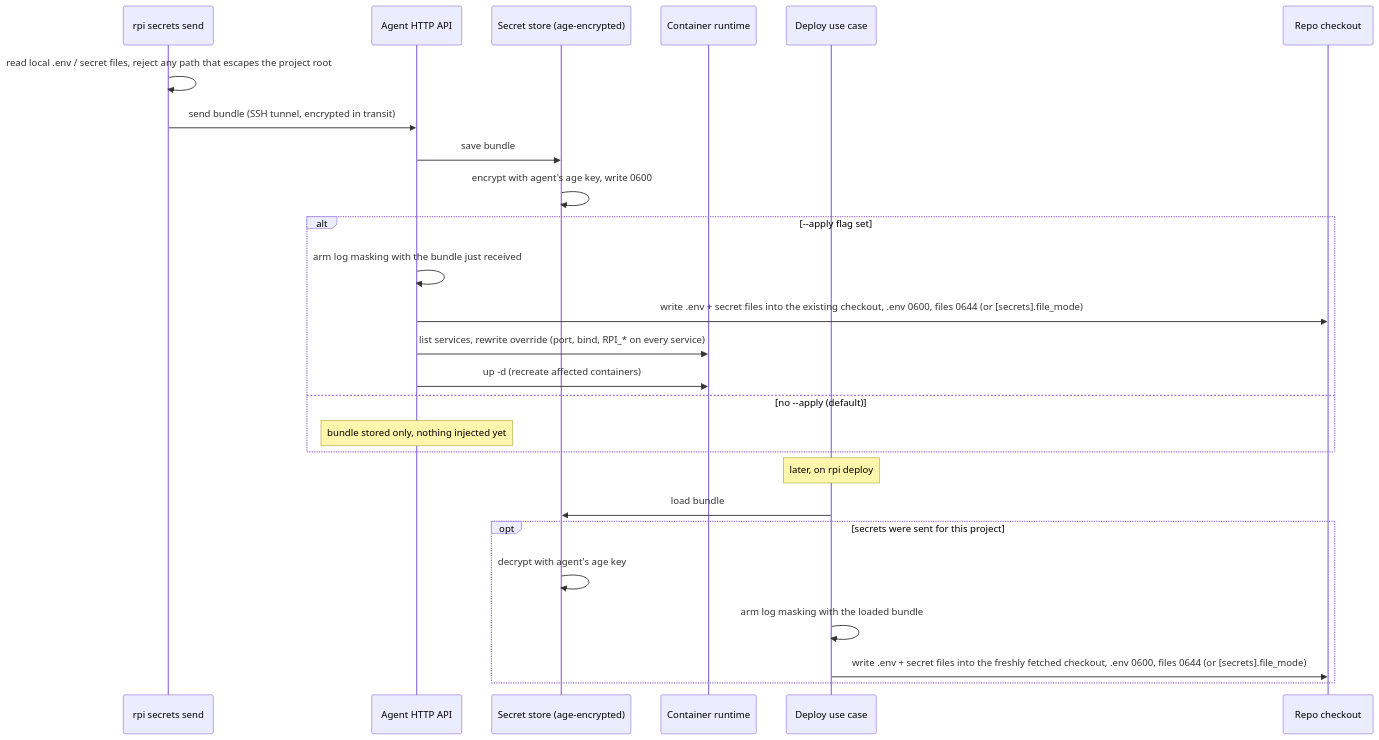
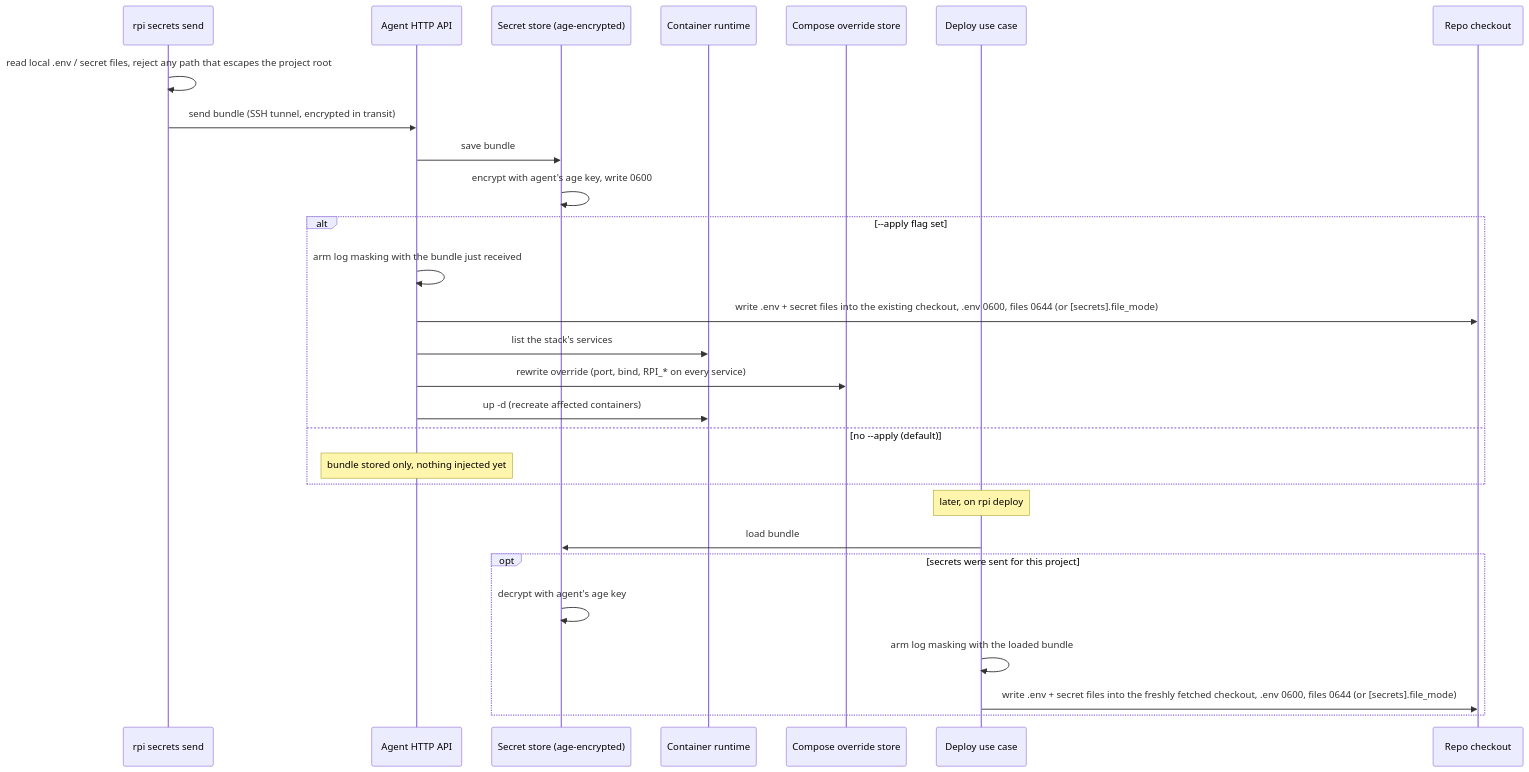
Before and after one commit to khmilevoi/pi-deploy: the diagram in docs/architecture/flows/secrets.md, drawn with Mermaid. The commit also changed other lines of this file and 7 other files, not shown here.

First line of the commit message:
docs: config variables and runtime RPI_* namespace

````diff
--- a/docs/architecture/flows/secrets.md
+++ b/docs/architecture/flows/secrets.md
@@ -10,30 +10,32 @@
 ```mermaid
 sequenceDiagram
     participant CLI as rpi secrets send
     participant API as Agent HTTP API
     participant Store as Secret store (age-encrypted)
     participant Runtime as Container runtime
+    participant Ovr as Compose override store
     participant Dep as Deploy use case
     participant Co as Repo checkout
 
     CLI->>CLI: read local .env / secret files, reject any path that escapes the project root
     CLI->>API: send bundle (SSH tunnel, encrypted in transit)
     API->>Store: save bundle
     Store->>Store: encrypt with agent's age key, write 0600
     alt --apply flag set
         API->>API: arm log masking with the bundle just received
         API->>Co: write .env + secret files into the existing checkout, .env 0600, files 0644 (or [secrets].file_mode)
-        API->>Runtime: list services, rewrite override (port, bind, RPI_* on every service)
+        API->>Runtime: list the stack's services
+        API->>Ovr: rewrite override (port, bind, RPI_* on every service)
         API->>Runtime: up -d (recreate affected containers)
     else no --apply (default)
         Note over API: bundle stored only, nothing injected yet
     end
 
     Note over Dep: later, on rpi deploy
     Dep->>Store: load bundle
     opt secrets were sent for this project
         Store->>Store: decrypt with agent's age key
         Dep->>Dep: arm log masking with the loaded bundle
         Dep->>Co: write .env + secret files into the freshly fetched checkout, .env 0600, files 0644 (or [secrets].file_mode)
     end
 ```
````
